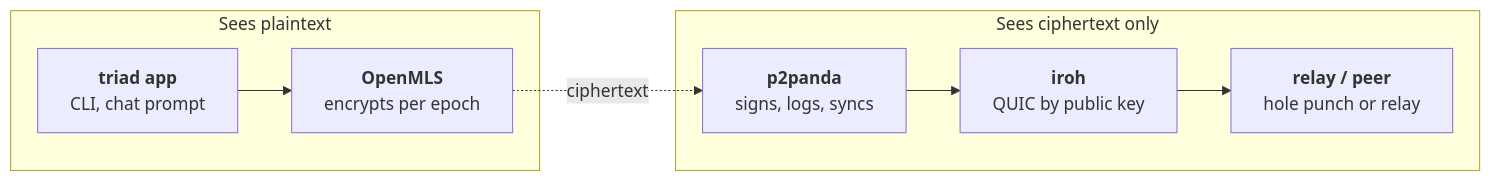
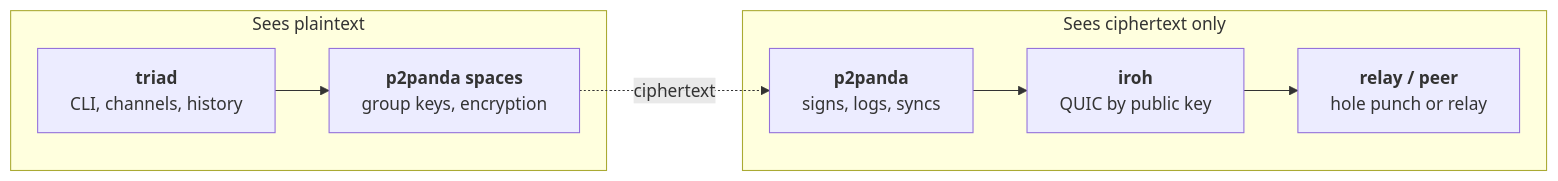
The diagram in README.md (jamesacklin/triad), drawn with Mermaid before and after one commit. The commit also changed other lines of this file and 27 other files, not shown here.

First line of the commit message:
Channels: many spaces per user; remove OpenMLS; rename triad-spaces to triad

````diff
--- a/README.md
+++ b/README.md
@@ -16,10 +25,10 @@
 ```mermaid
 flowchart LR
   subgraph plain["Sees plaintext"]
-    app["<b>triad app</b><br/>CLI, chat prompt"] --> mls["<b>OpenMLS</b><br/>encrypts per epoch"]
+    app["<b>triad</b><br/>CLI, channels, history"] --> spaces["<b>p2panda spaces</b><br/>group keys, encryption"]
   end
   subgraph cipher["Sees ciphertext only"]
     p2p["<b>p2panda</b><br/>signs, logs, syncs"] --> iroh["<b>iroh</b><br/>QUIC by public key"] --> peer["<b>relay / peer</b><br/>hole punch or relay"]
   end
-  mls -. ciphertext .-> p2p
+  spaces -. ciphertext .-> p2p
 ```
````
